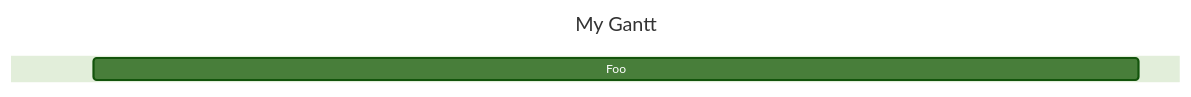
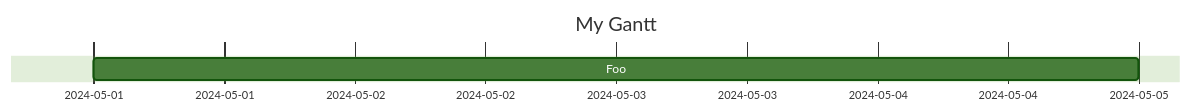
The sixth of 6 diagrams in docs/diagrams/gantt-diagram.md (FoggyBalrog/MermaidDotNet), drawn with Mermaid (forest theme) before and after one commit. The commit also changed other lines of this file and 87 other files, not shown here.

````diff
--- a/docs/diagrams/gantt-diagram.md
+++ b/docs/diagrams/gantt-diagram.md
@@ -286,13 +272,9 @@
 ```mermaid
 ---
-displayMode: compact
+title: My Gantt
 ---
 gantt
-    title My Gantt
     dateFormat DD-MM-YYYY
     todayMarker off
-    axisFormat %d-%m
-    tickInterval 1week
-    weekday monday
     Foo: task1, 01-05-2024, 05-05-2024
 ```
````
